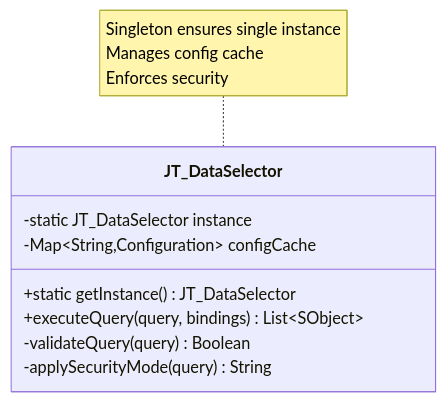
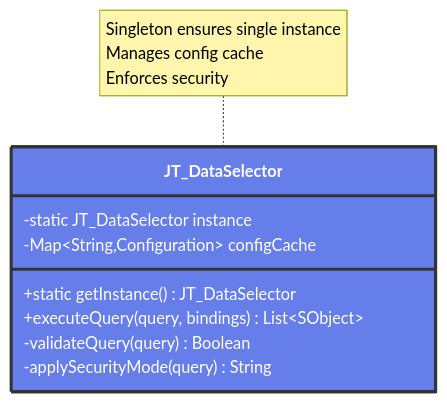
One commit to jterrats/JT_DynamicQueries changed diagram 13 of 15 in docs/architecture/diagrams.md. Above: the diagram before and after it, drawn with Mermaid. The commit also changed other lines of this file and 3 other files, not shown here.

First line of the commit message:
feat: Add interactive diagrams with zoom and pan functionality

````diff
--- a/docs/architecture/diagrams.md
+++ b/docs/architecture/diagrams.md
@@ -540,12 +540,14 @@
 ```mermaid
 classDiagram
     class JT_DataSelector {
         -static JT_DataSelector instance
         -Map~String,Configuration~ configCache
         +static getInstance() JT_DataSelector
         +executeQuery(query, bindings) List~SObject~
         -validateQuery(query) Boolean
         -applySecurityMode(query) String
     }
     note for JT_DataSelector "Singleton ensures single instance<br/>Manages config cache<br/>Enforces security"
+    
+    style JT_DataSelector fill:#667eea,stroke:#333,stroke-width:3px,color:#fff
 ```
````
